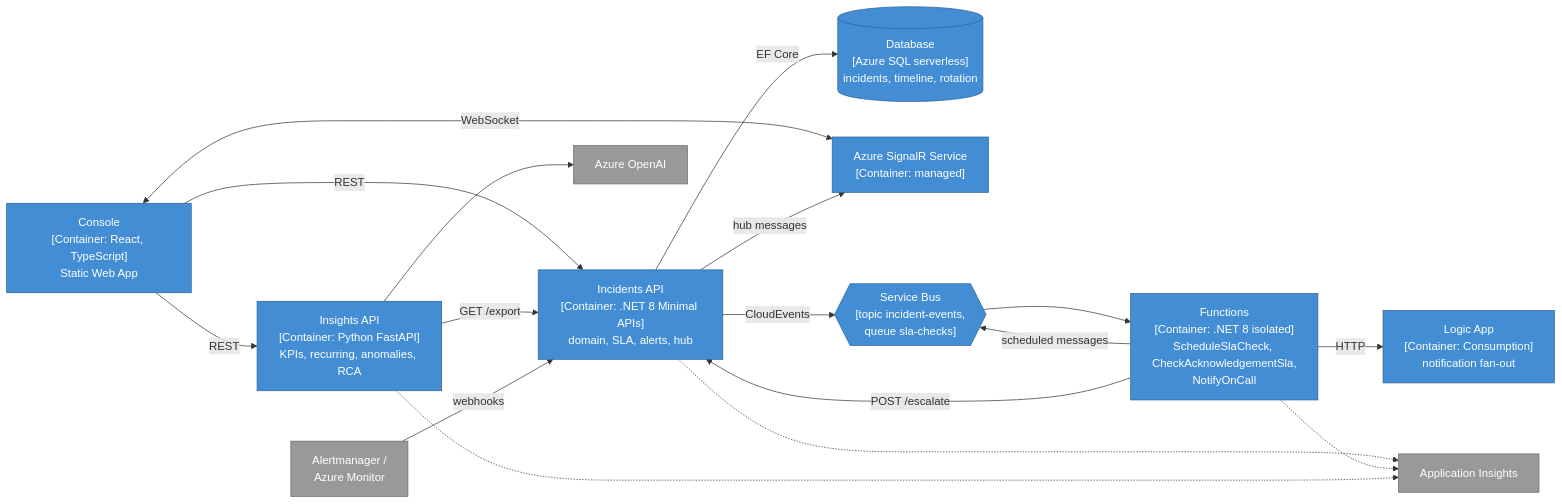
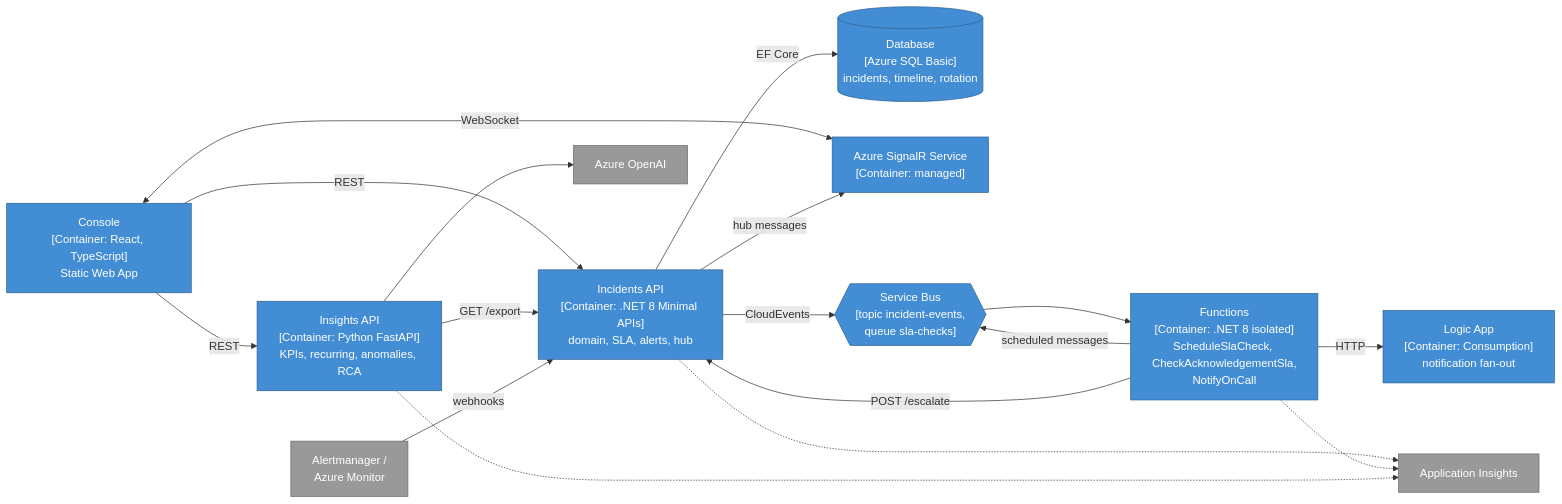
Before and after one commit to marcelo-roman/incident-ops: the second of 2 diagrams in docs/docs/architecture/index.md, drawn with Mermaid. The commit also changed other lines of this file and 42 other files, not shown here.

````diff
--- a/docs/docs/architecture/index.md
+++ b/docs/docs/architecture/index.md
@@ -58,35 +58,35 @@
 ```mermaid
 flowchart LR
     classDef container fill:#438dd5,stroke:#2e6295,color:#fff
     classDef store fill:#438dd5,stroke:#2e6295,color:#fff
     classDef external fill:#999,stroke:#6b6b6b,color:#fff
 
     web["Console<br/>[Container: React, TypeScript]<br/>Static Web App"]:::container
     api["Incidents API<br/>[Container: .NET 8 Minimal APIs]<br/>domain, SLA, alerts, hub"]:::container
-    sql[("Database<br/>[Azure SQL serverless]<br/>incidents, timeline, rotation")]:::store
+    sql[("Database<br/>[Azure SQL Basic]<br/>incidents, timeline, rotation")]:::store
     signalr["Azure SignalR Service<br/>[Container: managed]"]:::container
     bus{{"Service Bus<br/>[topic incident-events,<br/>queue sla-checks]"}}:::store
     fn["Functions<br/>[Container: .NET 8 isolated]<br/>ScheduleSlaCheck, CheckAcknowledgementSla,<br/>NotifyOnCall"]:::container
     logic["Logic App<br/>[Container: Consumption]<br/>notification fan-out"]:::container
     insights["Insights API<br/>[Container: Python FastAPI]<br/>KPIs, recurring, anomalies, RCA"]:::container
     aoai["Azure OpenAI"]:::external
     alerts["Alertmanager /<br/>Azure Monitor"]:::external
     appi["Application Insights"]:::external
 
     web -- "REST" --> api
     web -- "REST" --> insights
     web <-- "WebSocket" --> signalr
     api -- "hub messages" --> signalr
     api -- "EF Core" --> sql
     api -- "CloudEvents" --> bus
     bus --> fn
     fn -- "scheduled messages" --> bus
     fn -- "POST /escalate" --> api
     fn -- "HTTP" --> logic
     insights -- "GET /export" --> api
     insights --> aoai
     alerts -- "webhooks" --> api
     api -.-> appi
     fn -.-> appi
     insights -.-> appi
 ```
````
